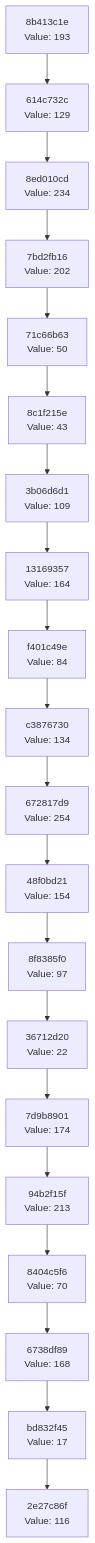
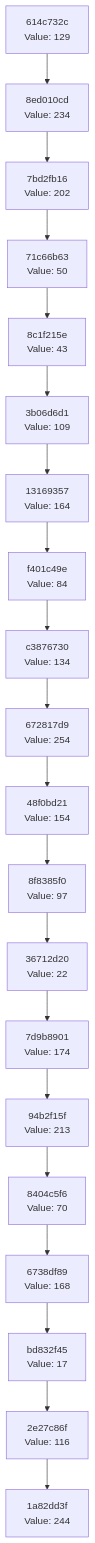
The diagram in docs/CHAIN_VISUALIZATION.md (Abhisheksinha1506/hash-chain-evolver), drawn with Mermaid before and after one commit. The commit also changed 2 other files, not shown here.

Commit message:
Evolution step: hash 0xF4 → action executed

````diff
--- a/docs/CHAIN_VISUALIZATION.md
+++ b/docs/CHAIN_VISUALIZATION.md
@@ -3,42 +3,42 @@
 ```mermaid
 graph TD
-    C0["2e27c86f<br/>Value: 116"]
-    C1["bd832f45<br/>Value: 17"]
+    C0["1a82dd3f<br/>Value: 244"]
+    C1["2e27c86f<br/>Value: 116"]
     C1 --> C0
-    C2["6738df89<br/>Value: 168"]
+    C2["bd832f45<br/>Value: 17"]
     C2 --> C1
-    C3["8404c5f6<br/>Value: 70"]
+    C3["6738df89<br/>Value: 168"]
     C3 --> C2
-    C4["94b2f15f<br/>Value: 213"]
+    C4["8404c5f6<br/>Value: 70"]
     C4 --> C3
-    C5["7d9b8901<br/>Value: 174"]
+    C5["94b2f15f<br/>Value: 213"]
     C5 --> C4
-    C6["36712d20<br/>Value: 22"]
+    C6["7d9b8901<br/>Value: 174"]
     C6 --> C5
-    C7["8f8385f0<br/>Value: 97"]
+    C7["36712d20<br/>Value: 22"]
     C7 --> C6
-    C8["48f0bd21<br/>Value: 154"]
+    C8["8f8385f0<br/>Value: 97"]
     C8 --> C7
-    C9["672817d9<br/>Value: 254"]
+    C9["48f0bd21<br/>Value: 154"]
     C9 --> C8
-    C10["c3876730<br/>Value: 134"]
+    C10["672817d9<br/>Value: 254"]
     C10 --> C9
-    C11["f401c49e<br/>Value: 84"]
+    C11["c3876730<br/>Value: 134"]
     C11 --> C10
-    C12["13169357<br/>Value: 164"]
+    C12["f401c49e<br/>Value: 84"]
     C12 --> C11
-    C13["3b06d6d1<br/>Value: 109"]
+    C13["13169357<br/>Value: 164"]
     C13 --> C12
-    C14["8c1f215e<br/>Value: 43"]
+    C14["3b06d6d1<br/>Value: 109"]
     C14 --> C13
-    C15["71c66b63<br/>Value: 50"]
+    C15["8c1f215e<br/>Value: 43"]
     C15 --> C14
-    C16["7bd2fb16<br/>Value: 202"]
+    C16["71c66b63<br/>Value: 50"]
     C16 --> C15
-    C17["8ed010cd<br/>Value: 234"]
+    C17["7bd2fb16<br/>Value: 202"]
     C17 --> C16
-    C18["614c732c<br/>Value: 129"]
+    C18["8ed010cd<br/>Value: 234"]
     C18 --> C17
-    C19["8b413c1e<br/>Value: 193"]
+    C19["614c732c<br/>Value: 129"]
     C19 --> C18
 ```
````
